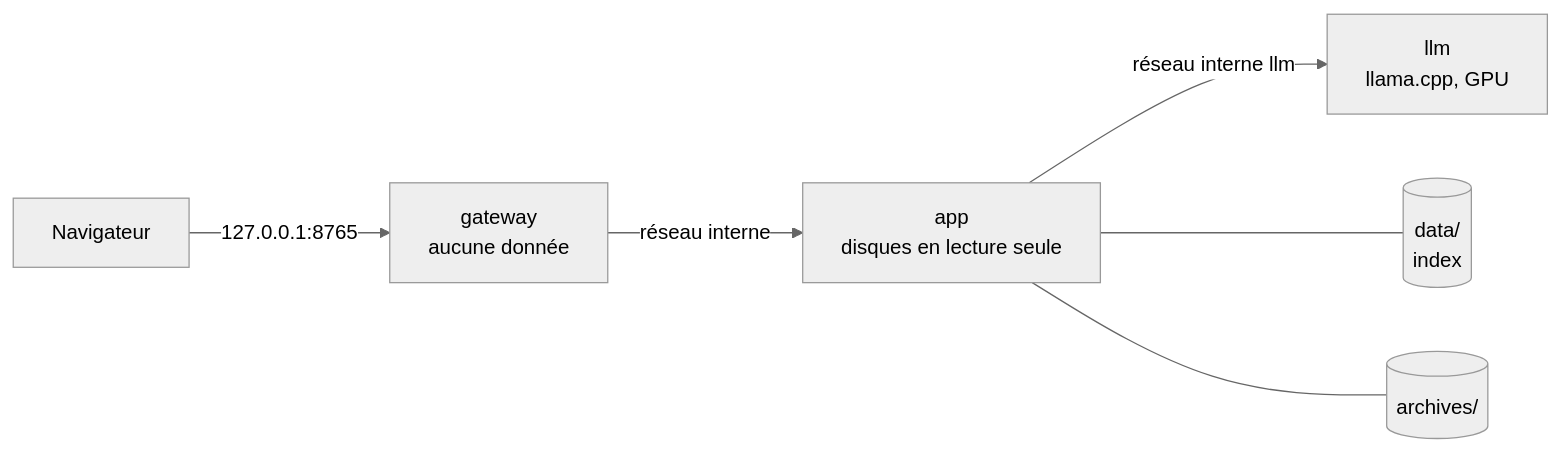
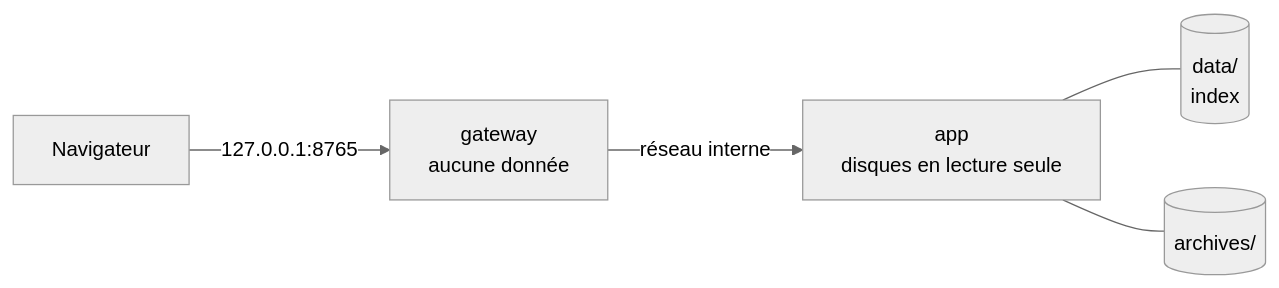
Before and after one commit to benjsant/TreeAudit: the diagram in docs/ARCHITECTURE.md, drawn with Mermaid (neutral theme). The commit also changed other lines of this file and 32 other files, not shown here.

````diff
--- a/docs/ARCHITECTURE.md
+++ b/docs/ARCHITECTURE.md
@@ -53,8 +51,7 @@
 ```mermaid
 flowchart LR
     B[Navigateur] -->|127.0.0.1:8765| G[gateway<br/>aucune donnée]
     G -->|réseau interne| A[app<br/>disques en lecture seule]
-    A -->|réseau interne llm| L[llm<br/>llama.cpp, GPU]
     A --- D[(data/<br/>index)]
     A --- R[(archives/)]
 ```
````
